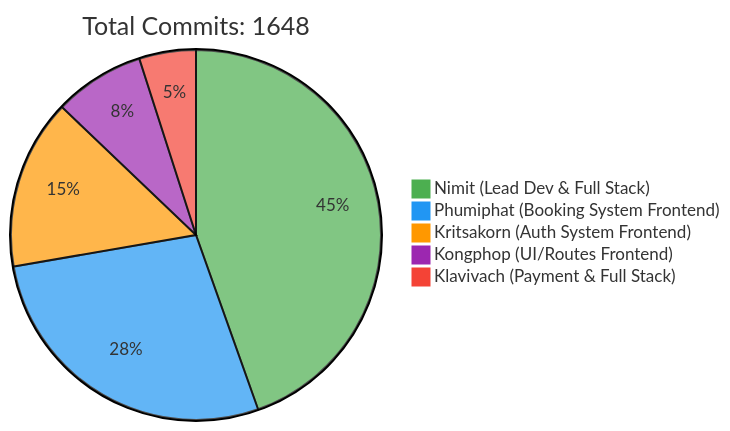
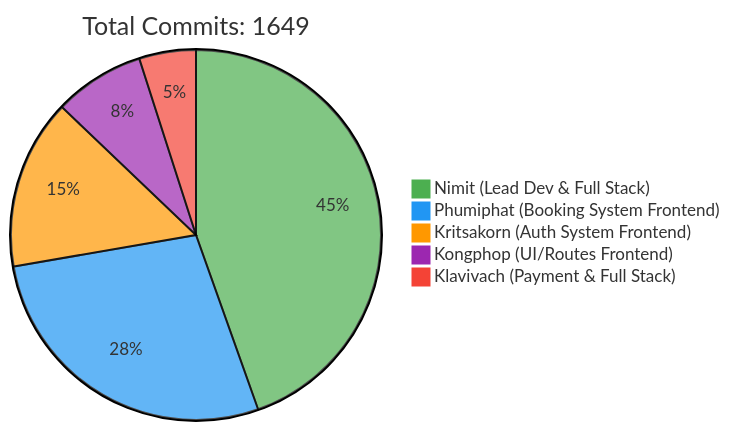
The first of 2 diagrams in README.md (6531503042/Sport-Complex), drawn with Mermaid before and after one commit. The commit also changed other lines of this file, not shown here.

Commit message:
docs: Update contributor statistics [skip ci]

````diff
--- a/README.md
+++ b/README.md
@@ -257,10 +257,10 @@
 ```mermaid
 %%{init: {'theme': 'base', 'themeVariables': { 'pie1': '#4CAF50', 'pie2': '#2196F3', 'pie3': '#FF9800', 'pie4': '#9C27B0', 'pie5': '#F44336'}}}%%
 pie
-    title Total Commits: 1648
+    title Total Commits: 1649
     "Nimit (Lead Dev & Full Stack)" : 450
     "Phumiphat (Booking System Frontend)" : 280
     "Kritsakorn (Auth System Frontend)" : 150
     "Kongphop (UI/Routes Frontend)" : 80
     "Klavivach (Payment & Full Stack)" : 50
 ```
````
